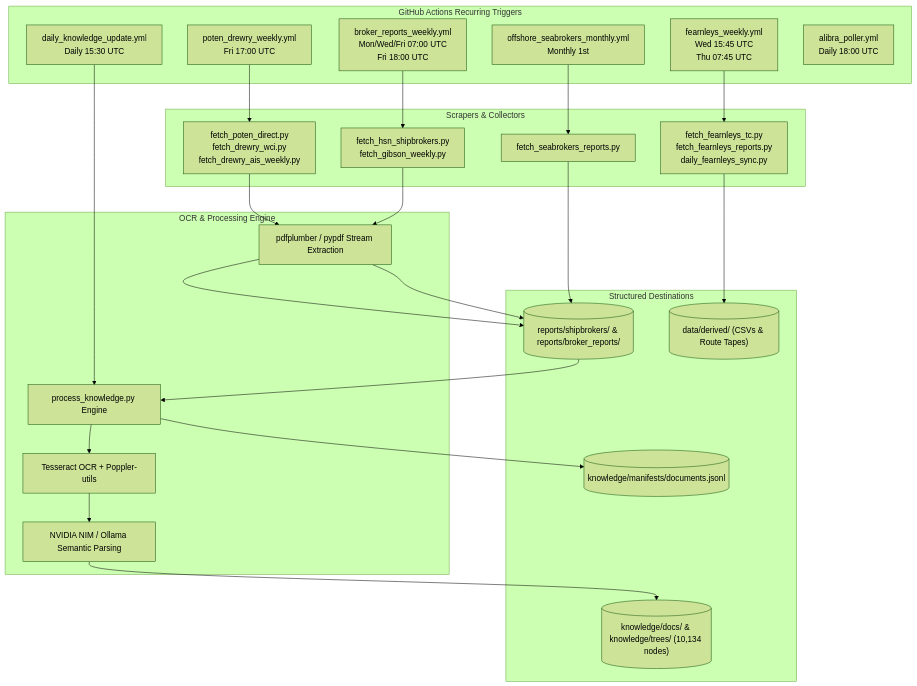
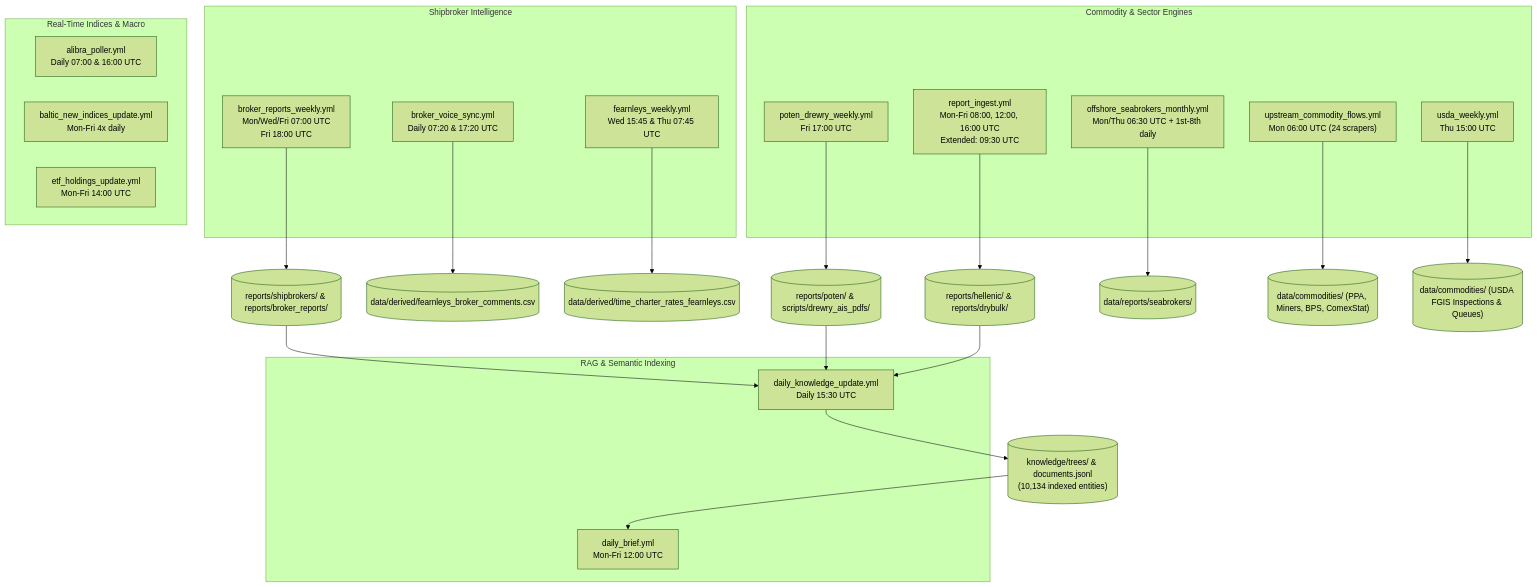
One commit to yieldchaser/Shipping changed the diagram in docs/MARITIME_PDF_AND_DOCUMENT_CORPUS_AUDIT.md. Above: the diagram before and after it, drawn with Mermaid (forest theme). The commit also changed other lines of this file, not shown here.

Commit message:
docs: complete deep audit of 18,858 PDFs, 22 workflows, and RAG knowledge graph

````diff
--- a/docs/MARITIME_PDF_AND_DOCUMENT_CORPUS_AUDIT.md
+++ b/docs/MARITIME_PDF_AND_DOCUMENT_CORPUS_AUDIT.md
@@ -176,47 +178,58 @@
 ```mermaid
 flowchart TD
-    subgraph Schedulers [GitHub Actions Recurring Triggers]
-        C1["broker_reports_weekly.yml\nMon/Wed/Fri 07:00 UTC\nFri 18:00 UTC"]
-        C2["fearnleys_weekly.yml\nWed 15:45 UTC\nThu 07:45 UTC"]
-        C3["poten_drewry_weekly.yml\nFri 17:00 UTC"]
-        C4["daily_knowledge_update.yml\nDaily 15:30 UTC"]
-        C5["offshore_seabrokers_monthly.yml\nMonthly 1st"]
-        C6["alibra_poller.yml\nDaily 18:00 UTC"]
+    subgraph MultiBroker [Shipbroker Intelligence]
+        W1["broker_reports_weekly.yml
+Mon/Wed/Fri 07:00 UTC
+Fri 18:00 UTC"]
+        W2["broker_voice_sync.yml
+Daily 07:20 & 17:20 UTC"]
+        W3["fearnleys_weekly.yml
+Wed 15:45 & Thu 07:45 UTC"]
     end
 
-    subgraph Scrapers [Scrapers & Collectors]
-        S1["fetch_hsn_shipbrokers.py\nfetch_gibson_weekly.py"]
-        S2["fetch_fearnleys_tc.py\nfetch_fearnleys_reports.py\ndaily_fearnleys_sync.py"]
-        S3["fetch_poten_direct.py\nfetch_drewry_wci.py\nfetch_drewry_ais_weekly.py"]
-        S4["fetch_seabrokers_reports.py"]
+    subgraph SpecializedSectors [Commodity & Sector Engines]
+        W4["poten_drewry_weekly.yml
+Fri 17:00 UTC"]
+        W5["report_ingest.yml
+Mon-Fri 08:00, 12:00, 16:00 UTC
+Extended: 09:30 UTC"]
+        W6["offshore_seabrokers_monthly.yml
+Mon/Thu 06:30 UTC + 1st-8th daily"]
+        W7["upstream_commodity_flows.yml
+Mon 06:00 UTC (24 scrapers)"]
+        W8["usda_weekly.yml
+Thu 15:00 UTC"]
     end
 
-    subgraph Processing [OCR & Processing Engine]
-        P1["pdfplumber / pypdf Stream Extraction"]
-        P2["Tesseract OCR + Poppler-utils"]
-        P3["NVIDIA NIM / Ollama Semantic Parsing"]
-        P4["process_knowledge.py Engine"]
+    subgraph MarketFeeds [Real-Time Indices & Macro]
+        W9["alibra_poller.yml
+Daily 07:00 & 16:00 UTC"]
+        W10["baltic_new_indices_update.yml
+Mon-Fri 4x daily"]
+        W11["etf_holdings_update.yml
+Mon-Fri 14:00 UTC"]
     end
 
-    subgraph Storage [Structured Destinations]
-        D1[("reports/shipbrokers/ & reports/broker_reports/")]
-        D2[("data/derived/ (CSVs & Route Tapes)")]
-        D3[("knowledge/docs/ & knowledge/trees/ (10,134 nodes)")]
-        D4[("knowledge/manifests/documents.jsonl")]
+    subgraph KnowledgeEngine [RAG & Semantic Indexing]
+        K1["daily_knowledge_update.yml
+Daily 15:30 UTC"]
+        K2["daily_brief.yml
+Mon-Fri 12:00 UTC"]
     end
 
-    C1 --> S1
-    C2 --> S2
-    C3 --> S3
-    C5 --> S4
+    W1 --> D1[("reports/shipbrokers/ & reports/broker_reports/")]
+    W2 --> D2[("data/derived/fearnleys_broker_comments.csv")]
+    W3 --> D3[("data/derived/time_charter_rates_fearnleys.csv")]
+    W4 --> D4[("reports/poten/ & scripts/drewry_ais_pdfs/")]
+    W5 --> D5[("reports/hellenic/ & reports/drybulk/")]
+    W6 --> D6[("data/reports/seabrokers/")]
+    W7 --> D7[("data/commodities/ (PPA, Miners, BPS, ComexStat)")]
+    W8 --> D8[("data/commodities/ (USDA FGIS Inspections & Queues)")]
 
-    S1 --> P1 --> D1
-    S2 --> D2
-    S3 --> P1 --> D1
-    S4 --> D1
-
-    C4 --> P4
-    D1 --> P4
-    P4 --> P2 --> P3 --> D3
-    P4 --> D4
+    D1 --> K1
+    D4 --> K1
+    D5 --> K1
+    K1 --> G1[("knowledge/trees/ & documents.jsonl
+(10,134 indexed entities)")]
+    G1 --> K2
 ```
````
